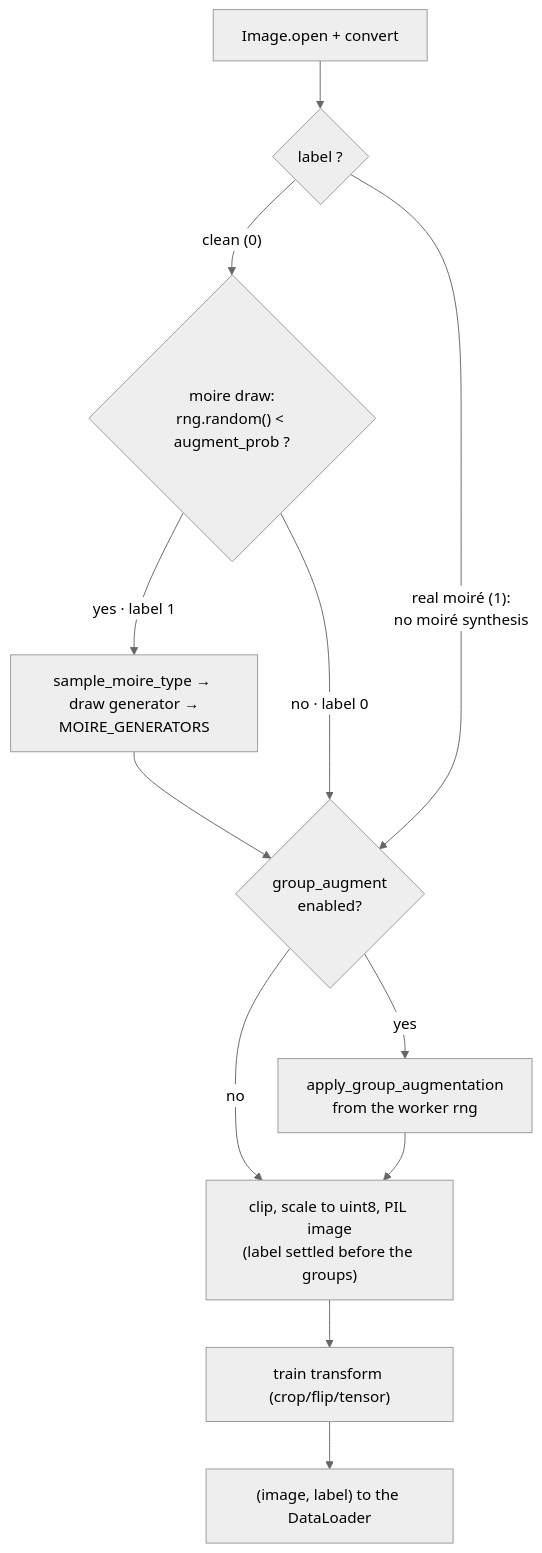
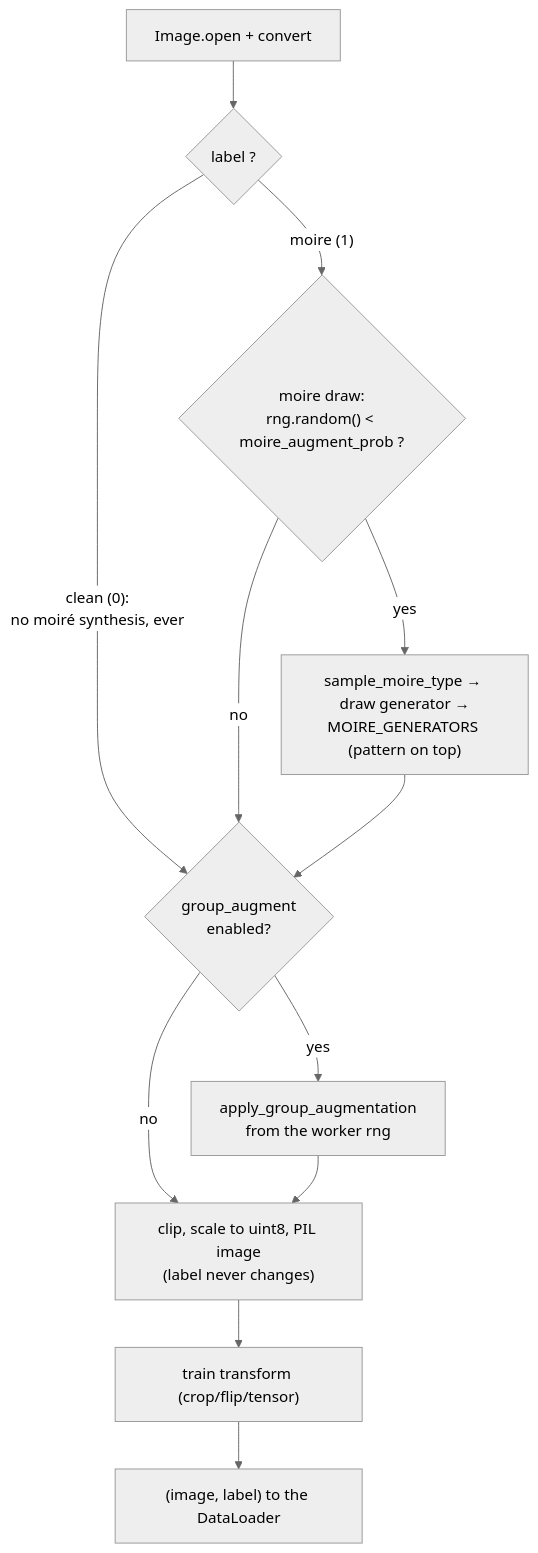
The second of 2 diagrams in docs/augmentation.md (babak-abad/Spatial-Moire-Effect-Detection), drawn with Mermaid (neutral theme) before and after one commit. The commit also changed other lines of this file and 22 other files, not shown here.

````diff
--- a/docs/augmentation.md
+++ b/docs/augmentation.md
@@ -143,14 +145,14 @@
 ```mermaid
 flowchart TD
     A["Image.open + convert"] --> L{"label ?"}
-    L -- "clean (0)" --> B{"moire draw:<br/>rng.random() < augment_prob ?"}
-    B -- "yes · label 1" --> S["sample_moire_type → draw generator →<br/>MOIRE_GENERATORS"]
-    B -- "no · label 0" --> F{"group_augment<br/>enabled?"}
-    L -- "real moiré (1):<br/>no moiré synthesis" --> F
+    L -- "clean (0):<br/>no moiré synthesis, ever" --> F{"group_augment<br/>enabled?"}
+    L -- "moire (1)" --> B{"moire draw:<br/>rng.random() < moire_augment_prob ?"}
+    B -- "yes" --> S["sample_moire_type → draw generator →<br/>MOIRE_GENERATORS (pattern on top)"]
+    B -- "no" --> F
     S --> F
-    F -- "no" --> U["clip, scale to uint8, PIL image<br/>(label settled before the groups)"]
+    F -- "no" --> U["clip, scale to uint8, PIL image<br/>(label never changes)"]
     F -- "yes" --> G["apply_group_augmentation<br/>from the worker rng"]
     G --> U
     U --> T["train transform (crop/flip/tensor)"]
     T --> O["(image, label) to the DataLoader"]
 ```
````
